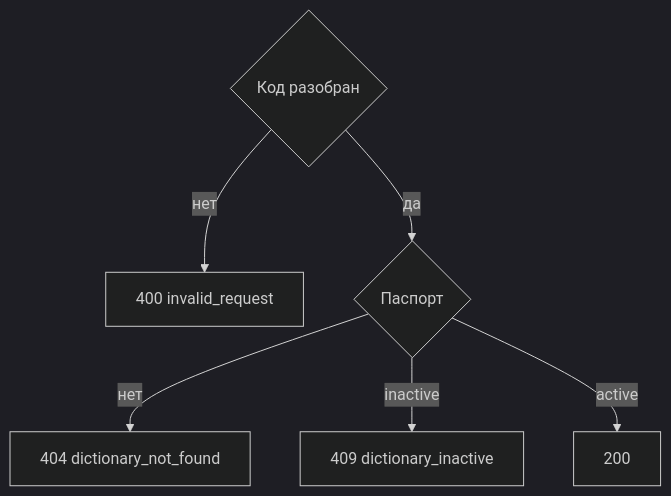
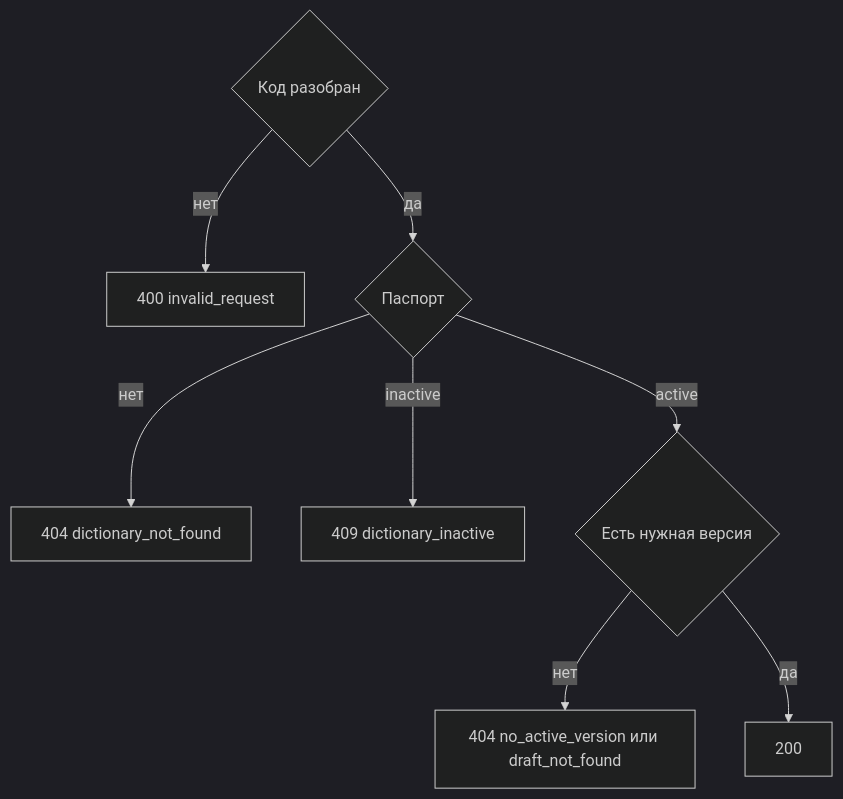
One commit to StrannikE95/reference_data changed the diagram in docs/1. functional/specification/v2 - 1 таблица/api/service.api/CatalogController/get_columns.md. Above: the diagram before and after it, drawn with Mermaid (dark theme). The commit also changed other lines of this file and 14 other files, not shown here.

````diff
--- a/docs/1. functional/specification/v2 - 1 таблица/api/service.api/CatalogController/get_columns.md
+++ b/docs/1. functional/specification/v2 - 1 таблица/api/service.api/CatalogController/get_columns.md
@@ -42,8 +53,10 @@
 ```mermaid
 flowchart TD
   fmt{"Код разобран"} -->|нет| bad["400 invalid_request"]
   fmt -->|да| found{"Паспорт"}
   found -->|нет| miss["404 dictionary_not_found"]
   found -->|inactive| off["409 dictionary_inactive"]
-  found -->|active| ok["200"]
+  found -->|active| ver{"Есть нужная версия"}
+  ver -->|нет| missVer["404 no_active_version или draft_not_found"]
+  ver -->|да| ok["200"]
 ```
````
